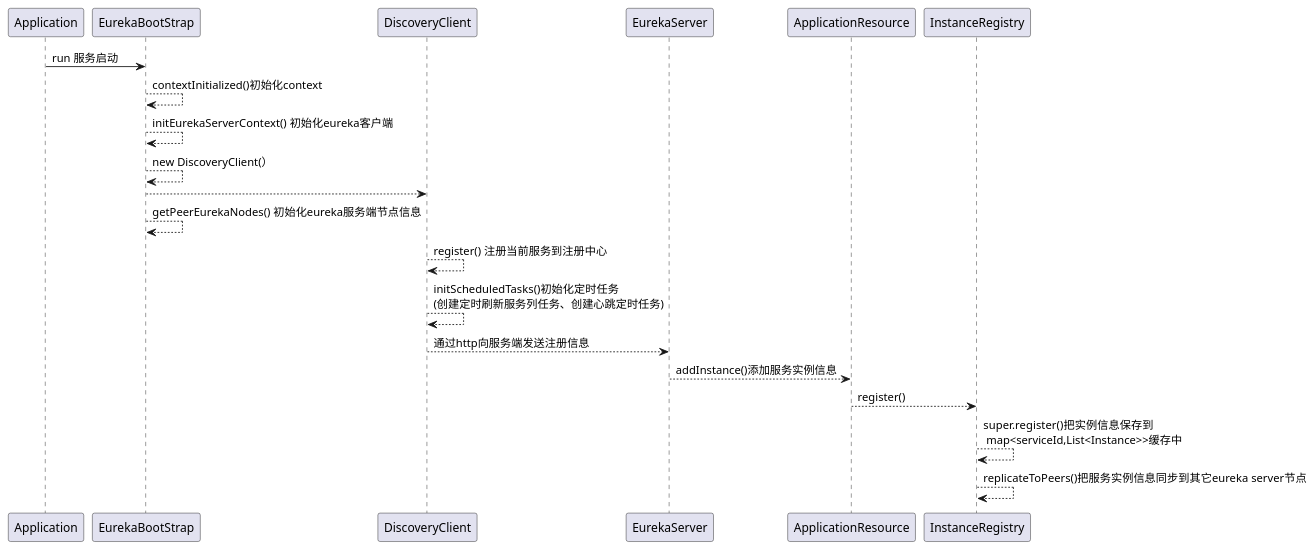
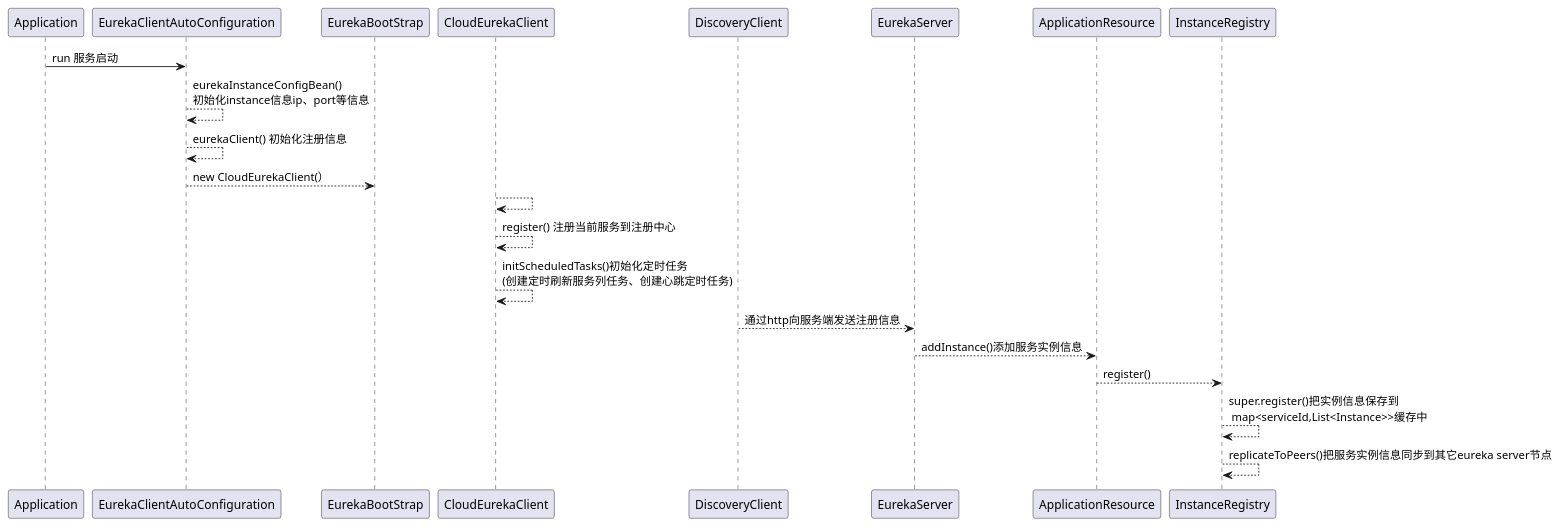
Before and after one commit to evefost/spring-cloud-demo: the diagram in doc/eureka-client-start.puml, drawn with PlantUML. The commit also changed 13 other files, not shown here.

```diff
--- a/doc/eureka-client-start.puml
+++ b/doc/eureka-client-start.puml
@@ -1,15 +1,14 @@
 @startuml
-Application -> EurekaBootStrap:run 服务启动
-EurekaBootStrap --> EurekaBootStrap:contextInitialized()初始化context
-EurekaBootStrap --> EurekaBootStrap:initEurekaServerContext() 初始化eureka客户端
-EurekaBootStrap --> EurekaBootStrap:new DiscoveryClient(）
-EurekaBootStrap --> DiscoveryClient:
-EurekaBootStrap --> EurekaBootStrap:getPeerEurekaNodes() 初始化eureka服务端节点信息
-DiscoveryClient --> DiscoveryClient:register() 注册当前服务到注册中心
-DiscoveryClient --> DiscoveryClient:initScheduledTasks()初始化定时任务\n(创建定时刷新服务列任务、创建心跳定时任务)
+Application -> EurekaClientAutoConfiguration:run 服务启动
+EurekaClientAutoConfiguration --> EurekaClientAutoConfiguration:eurekaInstanceConfigBean()\n初始化instance信息ip、port等信息
+EurekaClientAutoConfiguration --> EurekaClientAutoConfiguration:eurekaClient() 初始化注册信息
+EurekaClientAutoConfiguration --> EurekaBootStrap:new CloudEurekaClient(）
+CloudEurekaClient --> CloudEurekaClient:
+CloudEurekaClient --> CloudEurekaClient:register() 注册当前服务到注册中心
+CloudEurekaClient --> CloudEurekaClient:initScheduledTasks()初始化定时任务\n(创建定时刷新服务列任务、创建心跳定时任务)
 DiscoveryClient --> EurekaServer:通过http向服务端发送注册信息
 EurekaServer --> ApplicationResource:addInstance()添加服务实例信息
 ApplicationResource --> InstanceRegistry:register()
 InstanceRegistry --> InstanceRegistry:super.register()把实例信息保存到\n map<serviceId,List<Instance>>缓存中
 InstanceRegistry -->  InstanceRegistry:replicateToPeers()把服务实例信息同步到其它eureka server节点
 @enduml
```
